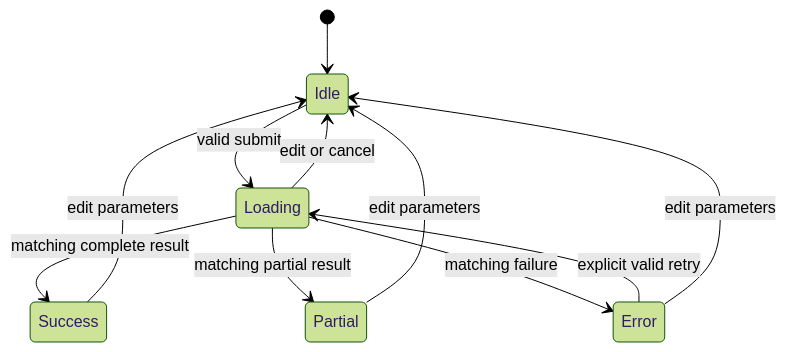
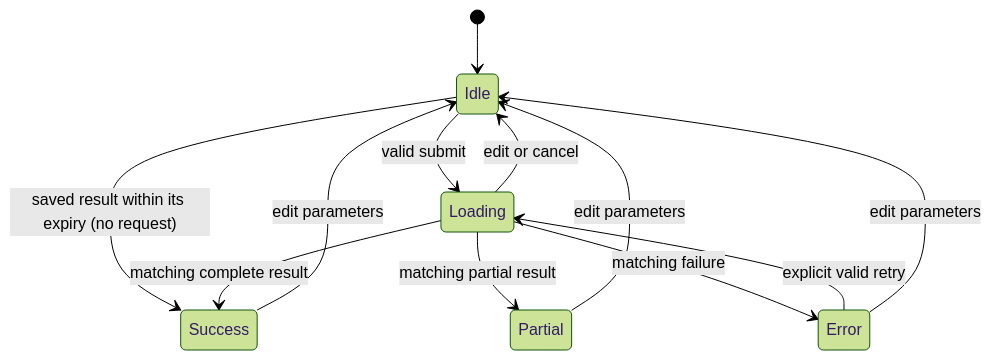
The diagram in frontend/docs/state.md (amitprasad21/Climate-Hazard-Trend-Analyzer), drawn with Mermaid (forest theme) before and after one commit. The commit also changed other lines of this file and 14 other files, not shown here.

````diff
--- a/frontend/docs/state.md
+++ b/frontend/docs/state.md
@@ -7,13 +7,14 @@
 ```mermaid
 stateDiagram-v2
     [*] --> Idle
     Idle --> Loading: valid submit
+    Idle --> Success: saved result within its expiry (no request)
     Loading --> Success: matching complete result
     Loading --> Partial: matching partial result
     Loading --> Error: matching failure
     Loading --> Idle: edit or cancel
     Success --> Idle: edit parameters
     Partial --> Idle: edit parameters
     Error --> Loading: explicit valid retry
     Error --> Idle: edit parameters
 ```
````
